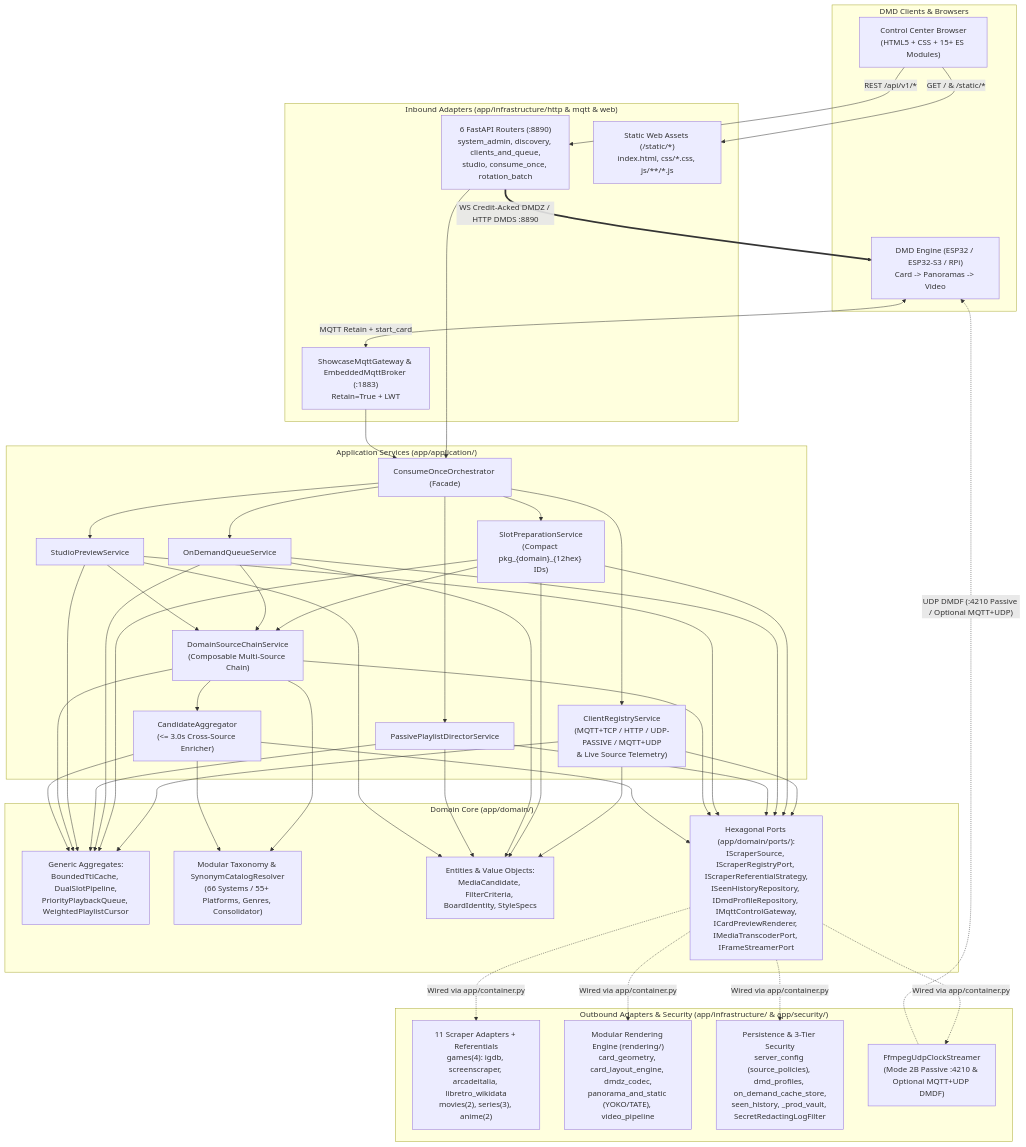
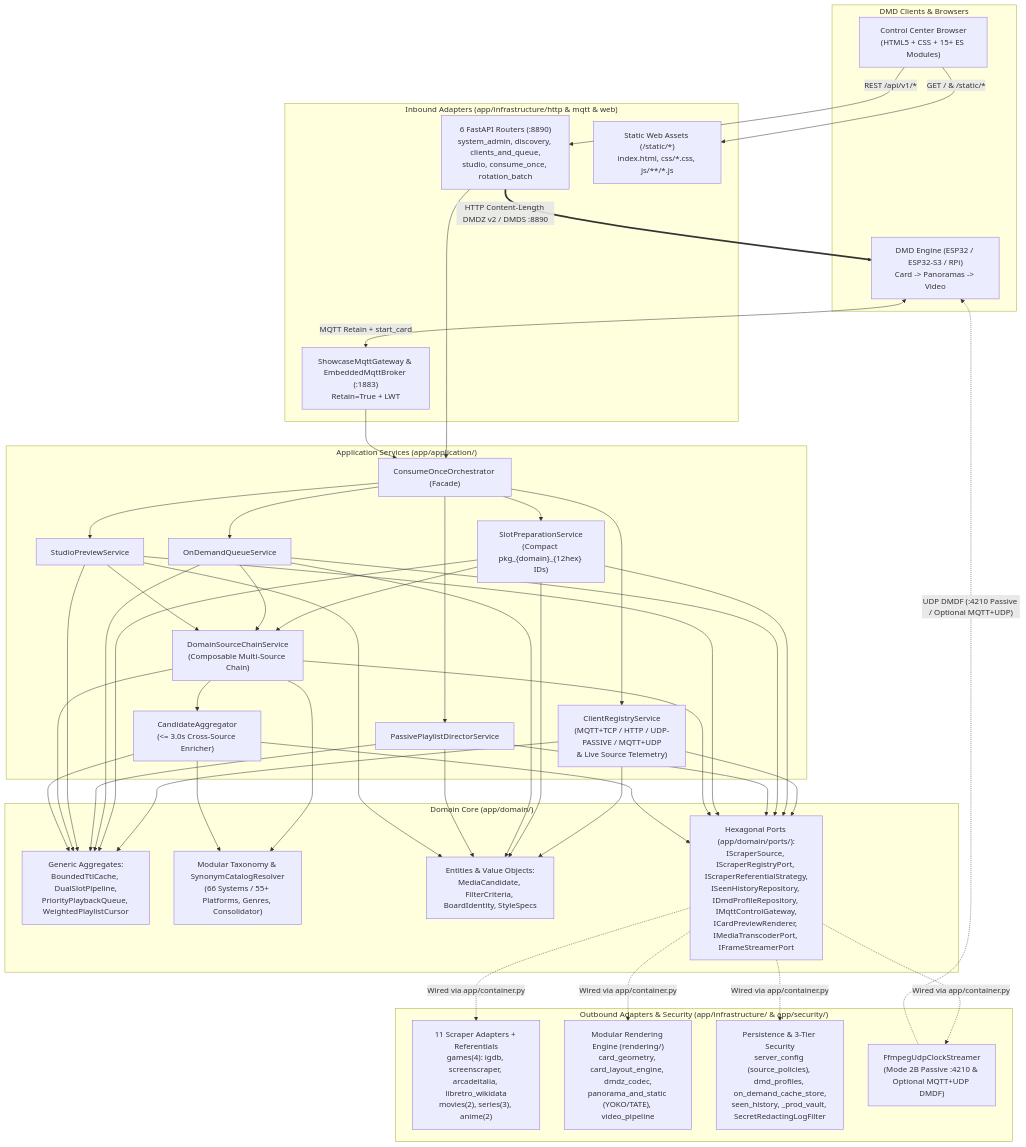
One commit to red77290/dmd_media_showcase changed the first of 2 diagrams in docs/ARCHITECTURE.md. Above: the diagram before and after it, drawn with Mermaid. The commit also changed other lines of this file and 38 other files, not shown here.

First line of the commit message:
refactor(stream): unify lossless DMDZ v2 plain-HTTP streaming and purge legacy codecs

````diff
--- a/docs/ARCHITECTURE.md
+++ b/docs/ARCHITECTURE.md
@@ -18,52 +18,52 @@
 ```mermaid
 flowchart TD
     subgraph DMD["DMD Clients & Browsers"]
         BROWSER["Control Center Browser\n(HTML5 + CSS + 15+ ES Modules)"]
         ENG["DMD Engine (ESP32 / ESP32-S3 / RPi)\nCard -> Panoramas -> Video"]
     end
 
     subgraph INFRA_IN["Inbound Adapters (app/infrastructure/http & mqtt & web)"]
         ROUTERS["6 FastAPI Routers (:8890)\nsystem_admin, discovery, clients_and_queue,\nstudio, consume_once, rotation_batch"]
         STATIC["Static Web Assets (/static/*)\nindex.html, css/*.css, js/**/*.js"]
         MQTT["ShowcaseMqttGateway & EmbeddedMqttBroker (:1883)\nRetain=True + LWT"]
     end
 
     subgraph APP["Application Services (app/application/)"]
         ORCH["ConsumeOnceOrchestrator (Facade)"]
         REG_SVC["ClientRegistryService\n(MQTT+TCP / HTTP / UDP-PASSIVE / MQTT+UDP\n& Live Source Telemetry)"]
         PREP_SVC["SlotPreparationService\n(Compact pkg_{domain}_{12hex} IDs)"]
         QUEUE_SVC["OnDemandQueueService"]
         DIR_SVC["PassivePlaylistDirectorService"]
         STUDIO_SVC["StudioPreviewService"]
         CHAIN["DomainSourceChainService\n(Composable Multi-Source Chain)"]
         AGG_SVC["CandidateAggregator\n(<= 3.0s Cross-Source Enricher)"]
     end
 
     subgraph DOMAIN["Domain Core (app/domain/)"]
         AGG["Generic Aggregates:\nBoundedTtlCache, DualSlotPipeline,\nPriorityPlaybackQueue, WeightedPlaylistCursor"]
         TAX["Modular Taxonomy & SynonymCatalogResolver\n(66 Systems / 55+ Platforms, Genres, Consolidator)"]
         VO["Entities & Value Objects:\nMediaCandidate, FilterCriteria, BoardIdentity, StyleSpecs"]
         PORTS["Hexagonal Ports (app/domain/ports/):\nIScraperSource, IScraperRegistryPort, IScraperReferentialStrategy,\nISeenHistoryRepository, IDmdProfileRepository, IMqttControlGateway,\nICardPreviewRenderer, IMediaTranscoderPort, IFrameStreamerPort"]
     end
 
     subgraph INFRA_OUT["Outbound Adapters & Security (app/infrastructure/ & app/security/)"]
         SCRAPERS["11 Scraper Adapters + Referentials\ngames(4): igdb, screenscraper, arcadeitalia, libretro_wikidata\nmovies(2), series(3), anime(2)"]
         RENDER["Modular Rendering Engine (rendering/)\ncard_geometry, card_layout_engine, dmdz_codec,\npanorama_and_static (YOKO/TATE), video_pipeline"]
         PERSIST["Persistence & 3-Tier Security\nserver_config (source_policies), dmd_profiles, on_demand_cache_store,\nseen_history, _prod_vault, SecretRedactingLogFilter"]
         UDP["FfmpegUdpClockStreamer\n(Mode 2B Passive :4210 & Optional MQTT+UDP DMDF)"]
     end
 
     BROWSER -->|"GET / & /static/*"| STATIC
     BROWSER -->|"REST /api/v1/*"| ROUTERS
     ENG <-->|"MQTT Retain + start_card"| MQTT
-    ROUTERS ==>|"WS Credit-Acked DMDZ / HTTP DMDS :8890"| ENG
+    ROUTERS ==>|"HTTP Content-Length DMDZ v2 / DMDS :8890"| ENG
     ROUTERS --> ORCH
     MQTT --> ORCH
     ORCH --> REG_SVC & PREP_SVC & QUEUE_SVC & DIR_SVC & STUDIO_SVC
     PREP_SVC & QUEUE_SVC & STUDIO_SVC --> CHAIN
     CHAIN --> AGG_SVC
     REG_SVC & PREP_SVC & QUEUE_SVC & DIR_SVC & STUDIO_SVC --> AGG & VO & PORTS
     CHAIN & AGG_SVC --> TAX & AGG & PORTS
     PORTS -.->|"Wired via app/container.py"| SCRAPERS & RENDER & PERSIST & UDP
     UDP -.->|"UDP DMDF (:4210 Passive / Optional MQTT+UDP)"| ENG
 ```
````
